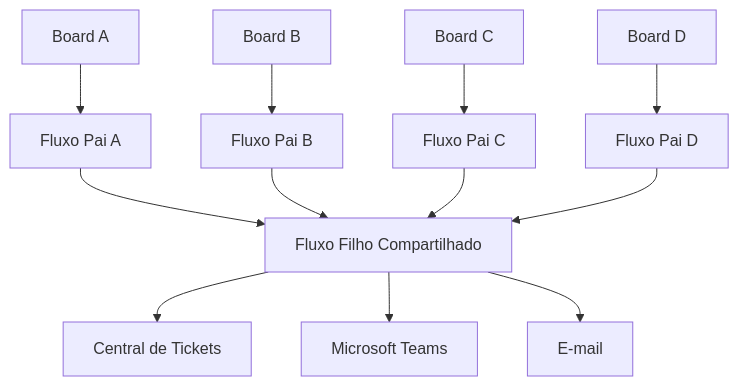
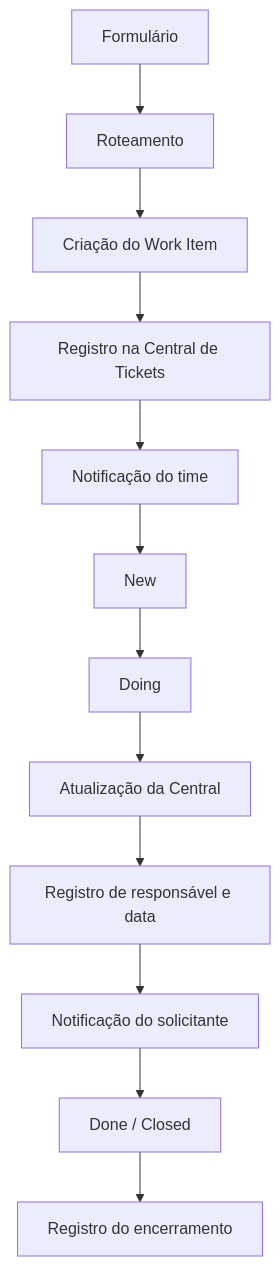
One commit to ti-gabriel/central-demandas-tecnologia changed the second of 2 diagrams in README.md. Above: the diagram before and after it, drawn with Mermaid. The commit also changed other lines of this file, not shown here.

````diff
--- a/README.md
+++ b/README.md
@@ -249,16 +501,18 @@
 ```mermaid
 flowchart TD
-    A[Board A] --> PA[Fluxo Pai A]
-    B[Board B] --> PB[Fluxo Pai B]
-    C[Board C] --> PC[Fluxo Pai C]
-    D[Board D] --> PD[Fluxo Pai D]
 
-    PA --> F[Fluxo Filho Compartilhado]
-    PB --> F
-    PC --> F
-    PD --> F
+    A[Formulário] --> B[Roteamento]
+    B --> C[Criação do Work Item]
+    C --> D[Registro na Central de Tickets]
+    D --> E[Notificação do time]
 
-    F --> S[Central de Tickets]
-    F --> T[Microsoft Teams]
-    F --> M[E-mail]
+    E --> F[New]
+    F --> G[Doing]
+
+    G --> H[Atualização da Central]
+    H --> I[Registro de responsável e data]
+    I --> J[Notificação do solicitante]
+
+    J --> K[Done / Closed]
+    K --> L[Registro do encerramento]
 ```
````
